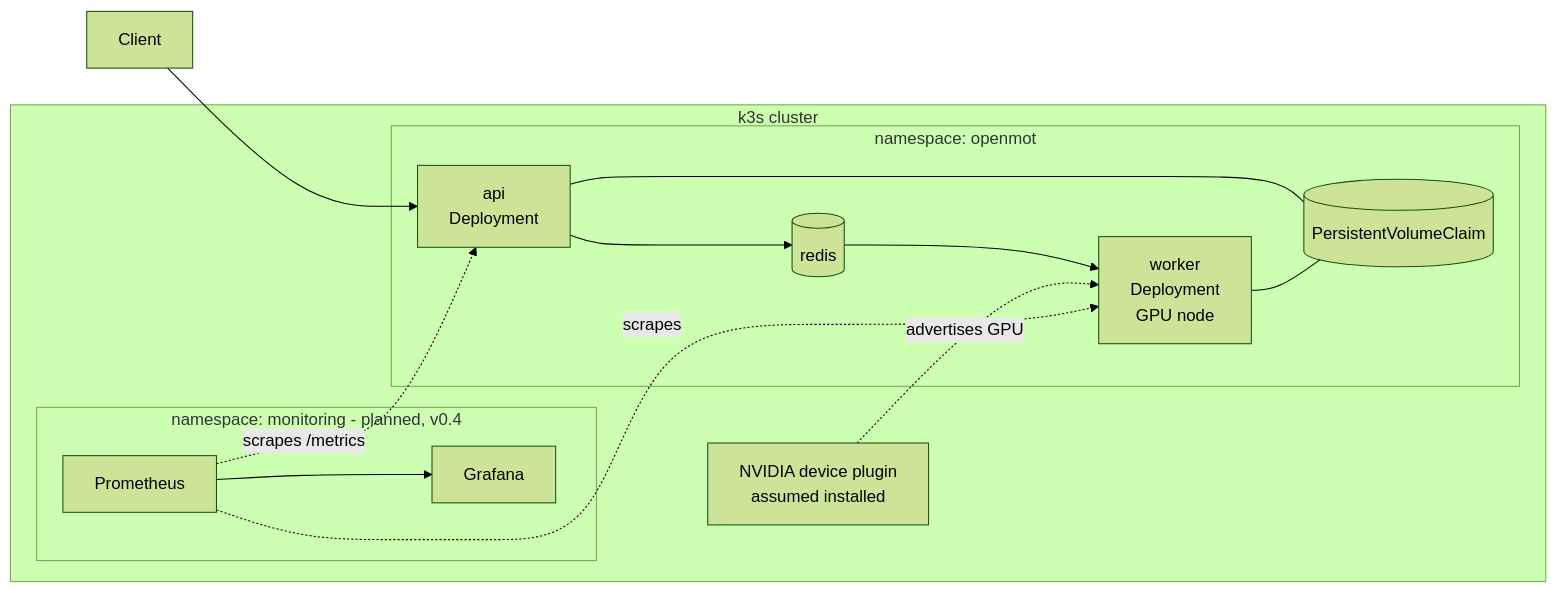
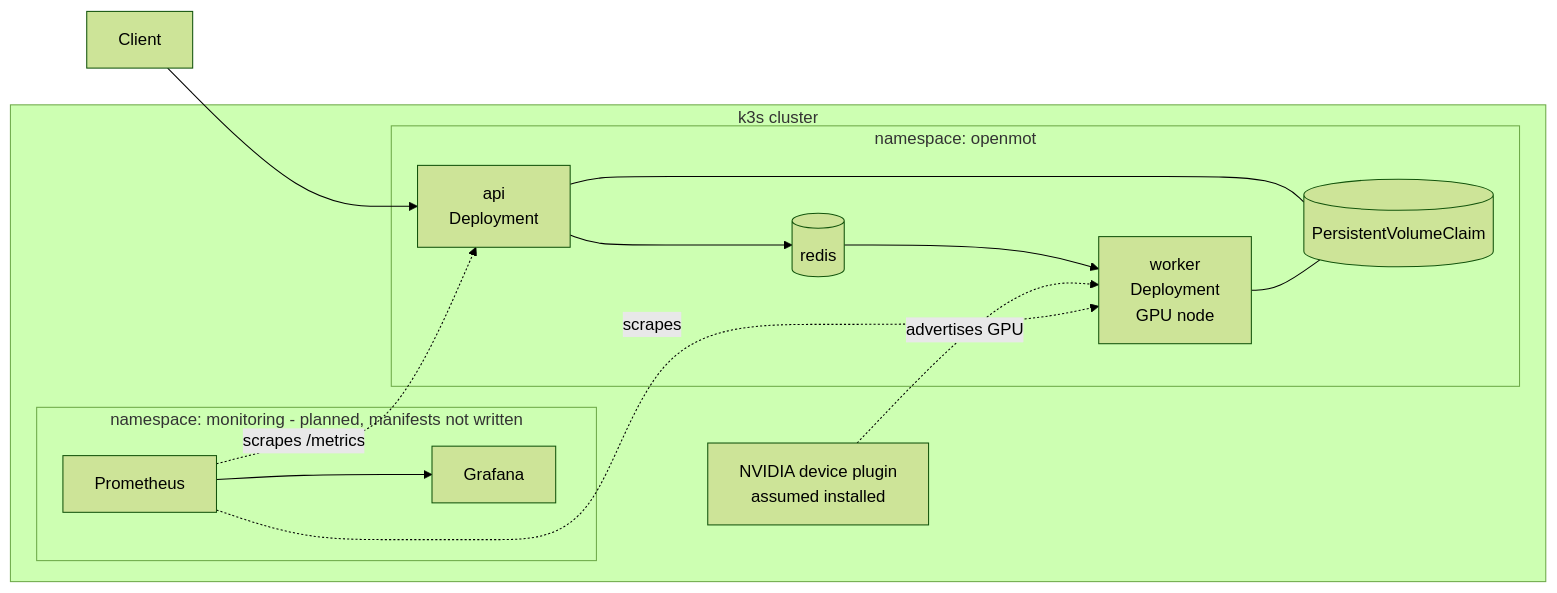
One commit to Moris-Zhan/openmot-serve changed the second of 2 diagrams in README.md. Above: the diagram before and after it, drawn with Mermaid (forest theme). The commit also changed other lines of this file and 4 other files, not shown here.

````diff
--- a/README.md
+++ b/README.md
@@ -48,18 +48,18 @@
 ```mermaid
 flowchart LR
     subgraph k3s cluster
         subgraph app [namespace: openmot]
             API[api<br/>Deployment] --> REDIS[(redis)]
             REDIS --> WORKER[worker<br/>Deployment<br/>GPU node]
             API --- PV[(PersistentVolumeClaim)]
             WORKER --- PV
         end
-        subgraph mon [namespace: monitoring - planned, v0.4]
+        subgraph mon [namespace: monitoring - planned, manifests not written]
             PROM[Prometheus] --> GRAF[Grafana]
         end
         GPUPLUGIN[NVIDIA device plugin<br/>assumed installed] -.advertises GPU.-> WORKER
         PROM -.scrapes /metrics.-> API
         PROM -.scrapes.-> WORKER
     end
     USER[Client] --> API
 ```
````
